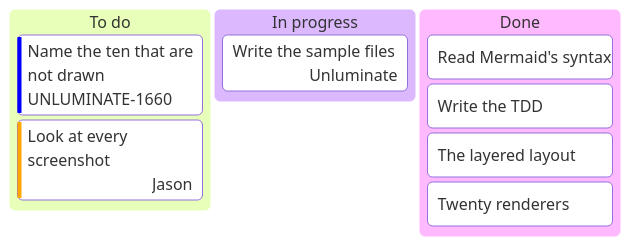
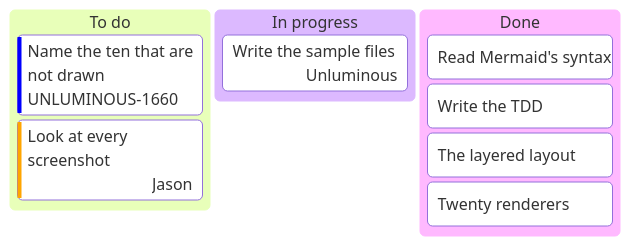
One commit to Black-Rainbow-Labs/Unluminous changed the diagram in sample-diagrams/kanban.mmd. Above: the diagram before and after it, drawn with Mermaid. The commit also changed 1327 other files, not shown here.

```diff
--- a/sample-diagrams/kanban.mmd
+++ b/sample-diagrams/kanban.mmd
@@ -1,11 +1,11 @@
 kanban
   todo[To do]
-    t1[Name the ten that are not drawn]@{ ticket: "UNLUMINATE-1660", priority: "Low" }
+    t1[Name the ten that are not drawn]@{ ticket: "UNLUMINOUS-1660", priority: "Low" }
     t2[Look at every screenshot]@{ assigned: "Jason", priority: "High" }
   doing[In progress]
-    d1[Write the sample files]@{ assigned: "Unluminate" }
+    d1[Write the sample files]@{ assigned: "Unluminous" }
   done[Done]
     x1[Read Mermaid's syntax]
     x2[Write the TDD]
     x3[The layered layout]
     x4[Twenty renderers]
```
